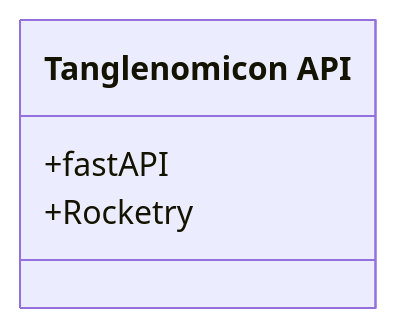
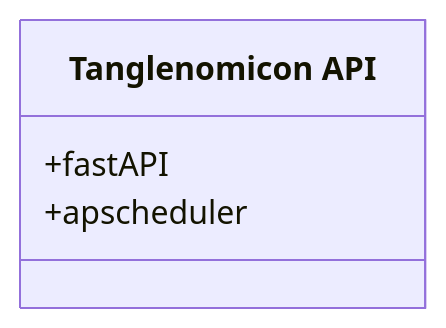
One commit to Uiowa-Applied-Topology/web_API changed the diagram in docs/unit_description/tanglenomicon_api.md. Above: the diagram before and after it, drawn with Mermaid. The commit also changed other lines of this file and 11 other files, not shown here.

Commit message:
Updates docs class diagrams

````diff
--- a/docs/unit_description/tanglenomicon_api.md
+++ b/docs/unit_description/tanglenomicon_api.md
@@ -12,9 +12,9 @@
 ```mermaid
 
 classDiagram
 
 class tanglenomicon_data_api["Tanglenomicon API"]{
     +fastAPI
-    +Rocketry
+    +apscheduler
 }
 ```
````
